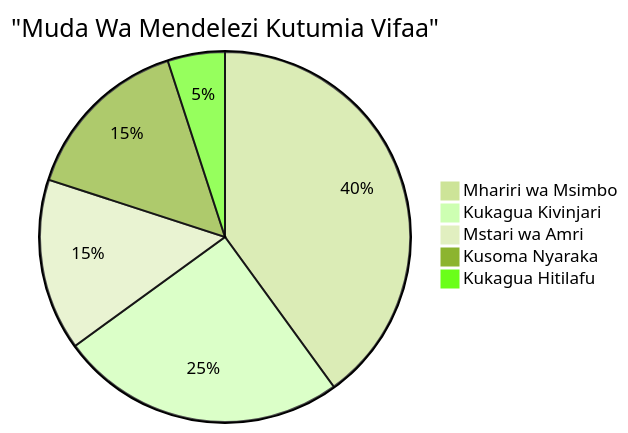
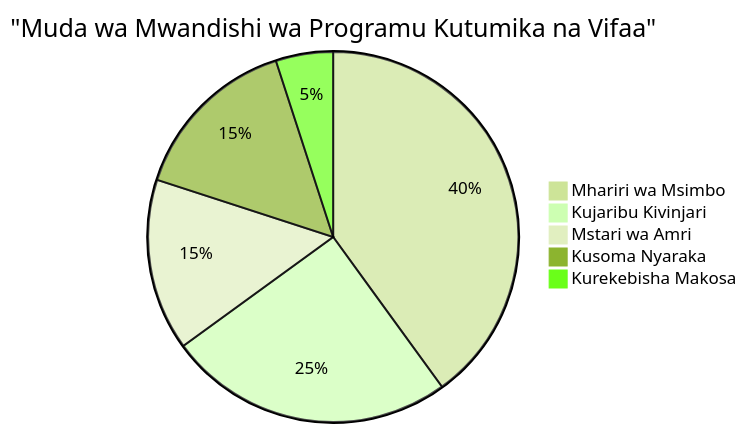
One commit to microsoft/Web-Dev-For-Beginners changed the sixth of 7 diagrams in translations/sw/1-getting-started-lessons/1-intro-to-programming-languages/README.md. Above: the diagram before and after it, drawn with Mermaid (forest theme). The commit also changed other lines of this file and 8 other files, not shown here.

````diff
--- a/translations/sw/1-getting-started-lessons/1-intro-to-programming-languages/README.md
+++ b/translations/sw/1-getting-started-lessons/1-intro-to-programming-languages/README.md
@@ -712,8 +709,8 @@
 ```mermaid
-pie title "Muda Wa Mendelezi Kutumia Vifaa"
+pie title "Muda wa Mwandishi wa Programu Kutumika na Vifaa"
     "Mhariri wa Msimbo" : 40
-    "Kukagua Kivinjari" : 25
+    "Kujaribu Kivinjari" : 25
     "Mstari wa Amri" : 15
     "Kusoma Nyaraka" : 15
-    "Kukagua Hitilafu" : 5
+    "Kurekebisha Makosa" : 5
 ```
````
